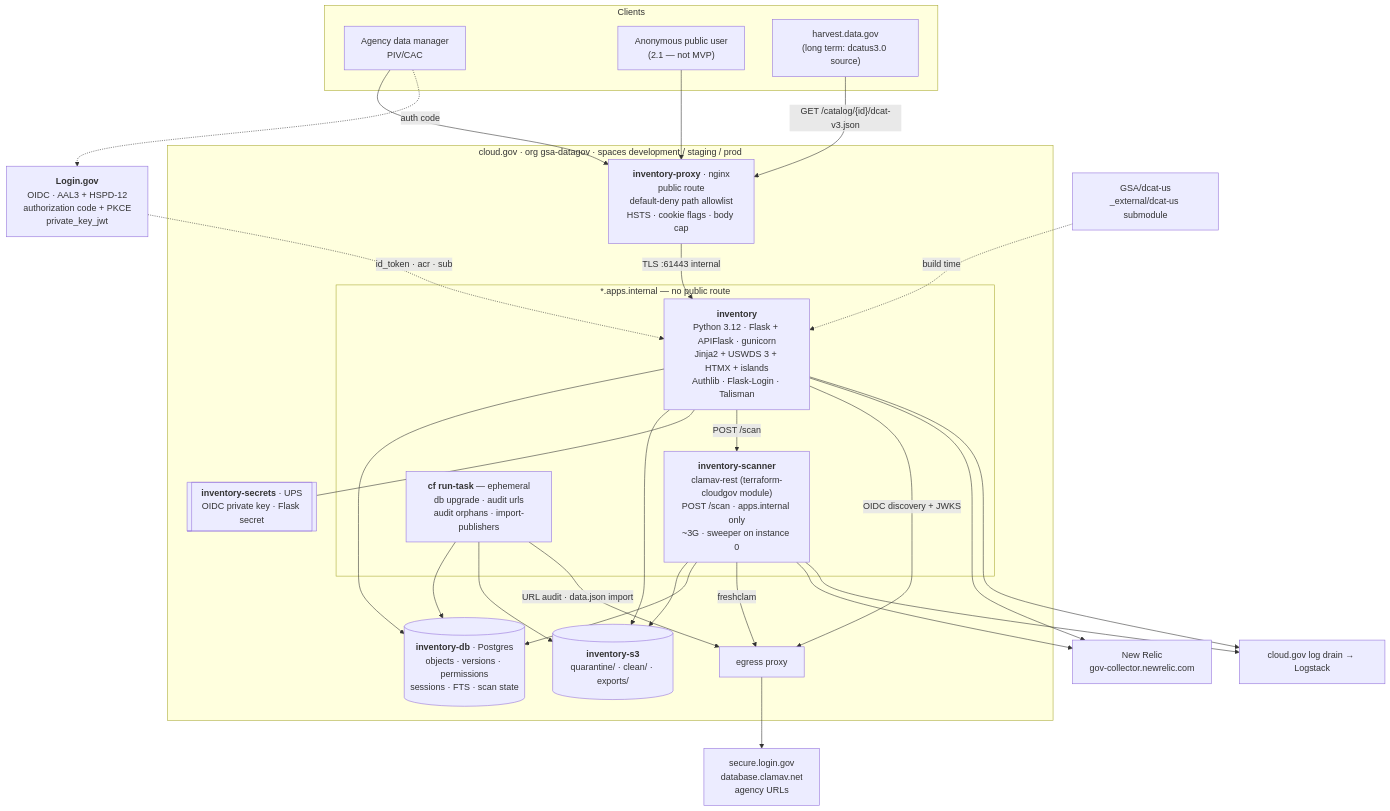
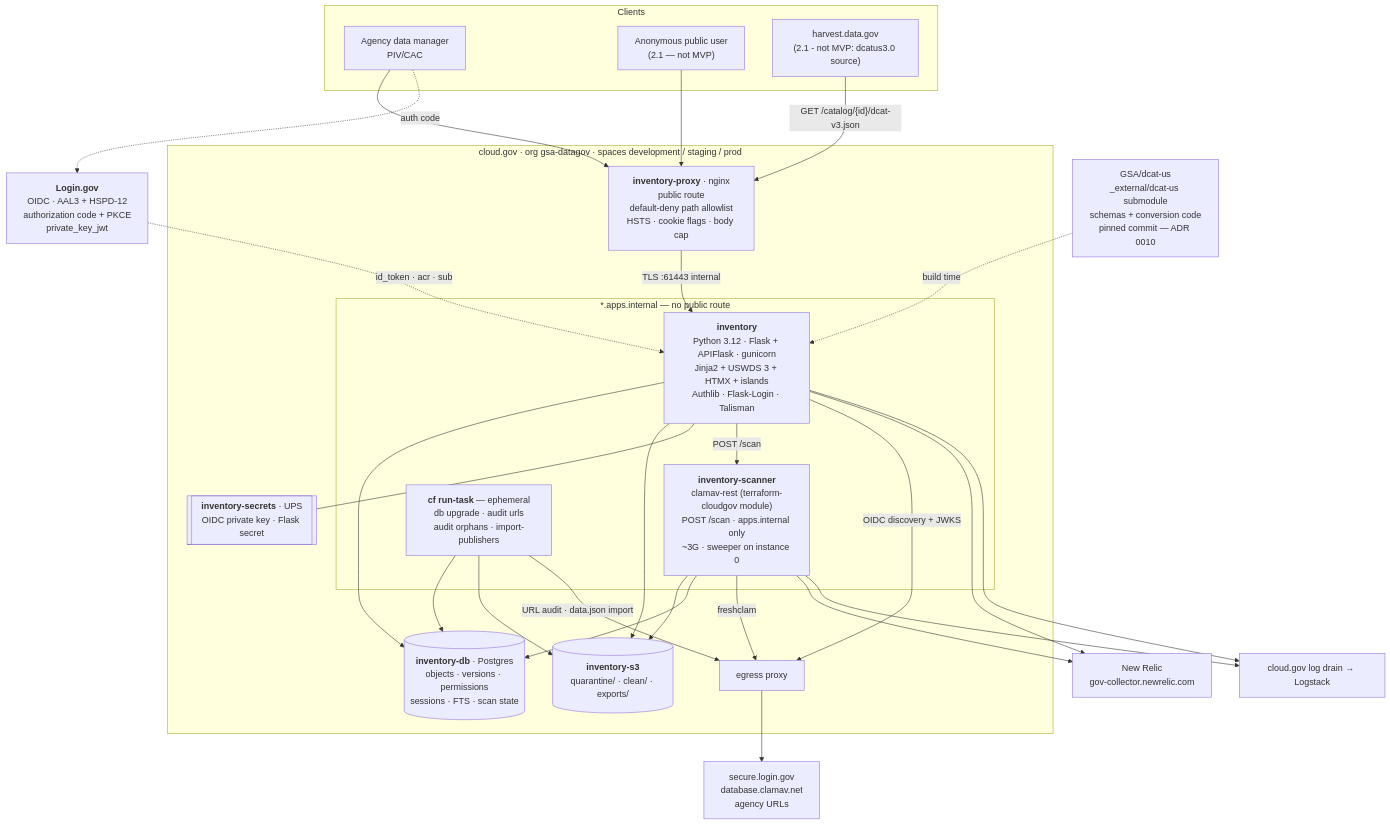
The first of 7 diagrams in docs/architecture.md (GSA/datagov-inventory), drawn with Mermaid before and after one commit. The commit also changed other lines of this file and 6 other files, not shown here.

Commit message:
Add ADR - how to pin upstream dcat-us

````diff
--- a/docs/architecture.md
+++ b/docs/architecture.md
@@ -61,56 +49,56 @@
 ```mermaid
 flowchart TB
     subgraph clients["Clients"]
         GOV["Agency data manager<br/>PIV/CAC"]
         PUB["Anonymous public user<br/>(2.1 — not MVP)"]
-        HARV["harvest.data.gov<br/>(long term: dcatus3.0 source)"]
+        HARV["harvest.data.gov<br/>(2.1 - not MVP: dcatus3.0 source)"]
     end
 
     IDP["<b>Login.gov</b><br/>OIDC · AAL3 + HSPD-12<br/>authorization code + PKCE<br/>private_key_jwt"]
 
     subgraph cf["cloud.gov · org gsa-datagov · spaces development / staging / prod"]
         PROXY["<b>inventory-proxy</b> · nginx<br/>public route<br/>default-deny path allowlist<br/>HSTS · cookie flags · body cap"]
 
         subgraph internal["*.apps.internal — no public route"]
             WEB["<b>inventory</b><br/>Python 3.12 · Flask + APIFlask · gunicorn<br/>Jinja2 + USWDS 3 + HTMX + islands<br/>Authlib · Flask-Login · Talisman"]
             SCAN["<b>inventory-scanner</b><br/>clamav-rest (terraform-cloudgov module)<br/>POST /scan · apps.internal only<br/>~3G · sweeper on instance 0"]
             TASK["<b>cf run-task</b> — ephemeral<br/>db upgrade · audit urls<br/>audit orphans · import-publishers"]
         end
 
         PG[("<b>inventory-db</b> · Postgres<br/>objects · versions · permissions<br/>sessions · FTS · scan state")]
         S3[("<b>inventory-s3</b><br/>quarantine/ · clean/ · exports/")]
         SEC[["<b>inventory-secrets</b> · UPS<br/>OIDC private key · Flask secret"]]
         EGRESS["egress proxy"]
     end
 
     NR["New Relic<br/>gov-collector.newrelic.com"]
     LOG["cloud.gov log drain → Logstack"]
-    SCHEMA["GSA/dcat-us<br/>_external/dcat-us submodule"]
+    SCHEMA["GSA/dcat-us<br/>_external/dcat-us submodule<br/>schemas + conversion code<br/>pinned commit — ADR 0010"]
 
     GOV --> PROXY
     PUB --> PROXY
     HARV -->|"GET /catalog/{id}/dcat-v3.json"| PROXY
     PROXY -->|"TLS :61443 internal"| WEB
     GOV -.->|"auth code"| IDP
     IDP -.->|"id_token · acr · sub"| WEB
 
     WEB --> PG
     WEB --> S3
     WEB --- SEC
     WEB -->|"POST /scan"| SCAN
     SCAN --> S3
     SCAN --> PG
     TASK --> PG
     TASK --> S3
 
     WEB -->|"OIDC discovery + JWKS"| EGRESS
     SCAN -->|"freshclam"| EGRESS
     TASK -->|"URL audit · data.json import"| EGRESS
     EGRESS --> OUT["secure.login.gov<br/>database.clamav.net<br/>agency URLs"]
 
     SCHEMA -.->|"build time"| WEB
     WEB --> NR
     SCAN --> NR
     WEB --> LOG
     SCAN --> LOG
 ```
````
